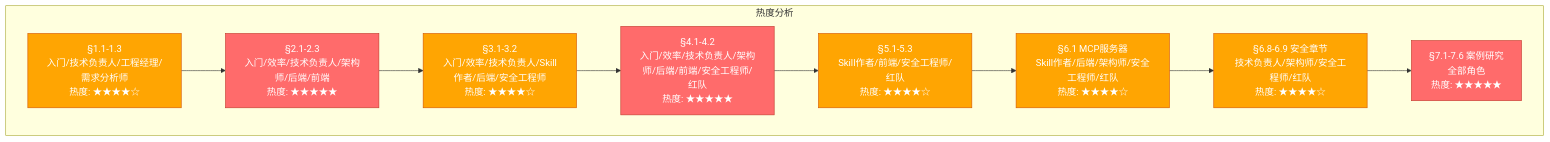
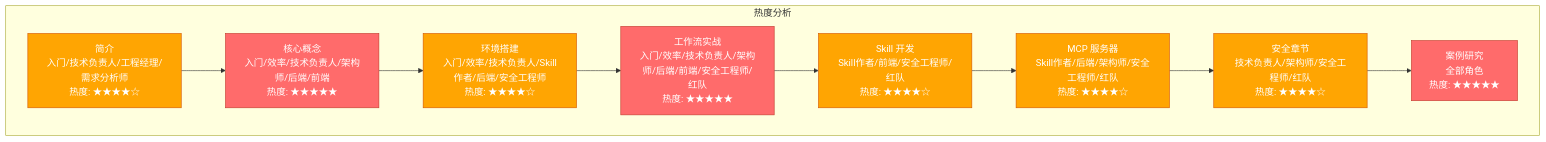
The third of 3 diagrams in src/00-guide/reading-paths.md (tonydeng/harness-engineering-from-oc-to-ai-coding), drawn with Mermaid before and after one commit. The commit also changed other lines of this file and 76 other files, not shown here.

````diff
--- a/src/00-guide/reading-paths.md
+++ b/src/00-guide/reading-paths.md
@@ -746,28 +881,28 @@
 ```mermaid
 graph TB
     subgraph 热度分析
-        H1["§1.1-1.3<br/>入门/技术负责人/工程经理/需求分析师<br/>热度: ★★★★☆"]
-        H2["§2.1-2.3<br/>入门/效率/技术负责人/架构师/后端/前端<br/>热度: ★★★★★"]
-        H3["§3.1-3.2<br/>入门/效率/技术负责人/Skill作者/后端/安全工程师<br/>热度: ★★★★☆"]
-        H4["§4.1-4.2<br/>入门/效率/技术负责人/架构师/后端/前端/安全工程师/红队<br/>热度: ★★★★★"]
-        H5["§5.1-5.3<br/>Skill作者/前端/安全工程师/红队<br/>热度: ★★★★☆"]
-        H6["§6.1 MCP服务器<br/>Skill作者/后端/架构师/安全工程师/红队<br/>热度: ★★★★☆"]
-        H7["§6.8-6.9 安全章节<br/>技术负责人/架构师/安全工程师/红队<br/>热度: ★★★★☆"]
-        H8["§7.1-7.6 案例研究<br/>全部角色<br/>热度: ★★★★★"]
+        H1["简介<br/>入门/技术负责人/工程经理/需求分析师<br/>热度: ★★★★☆"]
+        H2["核心概念<br/>入门/效率/技术负责人/架构师/后端/前端<br/>热度: ★★★★★"]
+        H3["环境搭建<br/>入门/效率/技术负责人/Skill作者/后端/安全工程师<br/>热度: ★★★★☆"]
+        H4["工作流实战<br/>入门/效率/技术负责人/架构师/后端/前端/安全工程师/红队<br/>热度: ★★★★★"]
+        H5["Skill 开发<br/>Skill作者/前端/安全工程师/红队<br/>热度: ★★★★☆"]
+        H6["MCP 服务器<br/>Skill作者/后端/架构师/安全工程师/红队<br/>热度: ★★★★☆"]
+        H7["安全章节<br/>技术负责人/架构师/安全工程师/红队<br/>热度: ★★★★☆"]
+        H8["案例研究<br/>全部角色<br/>热度: ★★★★★"]
     end
 
     H1 --> H2
     H2 --> H3
     H3 --> H4
     H4 --> H5
     H5 --> H6
     H6 --> H7
     H7 --> H8
 
     classDef hot fill:#FF6B6B,stroke:#C0392B,color:#fff
     classDef warm fill:#FFA502,stroke:#D35400,color:#fff
     classDef cool fill:#7BED9F,stroke:#2ED573,color:#fff
 
     class H2,H4,H8 hot
     class H1,H3,H5,H6,H7 warm
 ```
````
